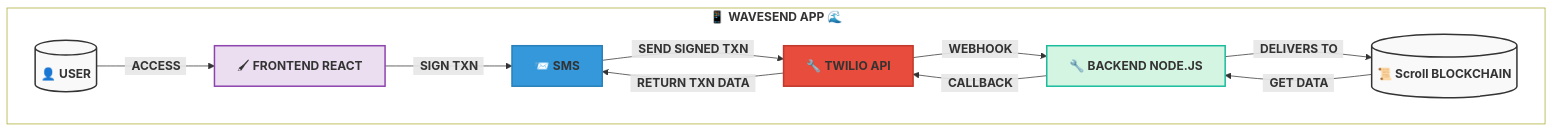
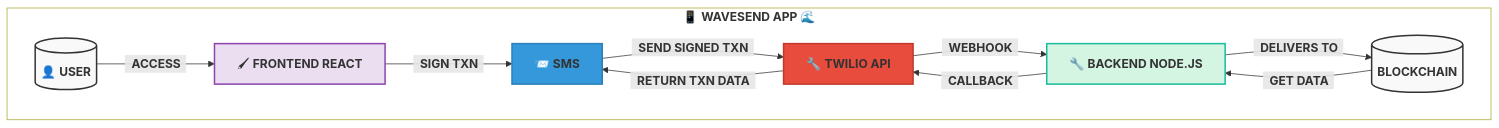
One commit to juancolchete/waveSend changed the diagram in README.md. Above: the diagram before and after it, drawn with Mermaid.

Commit message:
docs: tech architecture

````diff
--- a/README.md
+++ b/README.md
@@ -10,34 +10,34 @@
 ```mermaid
 flowchart TD
  subgraph subGraph0["📱 <b>WAVESEND APP<b> 🌊"]
         Frontend["🖌 <b>FRONTEND REACT<b>"]
         User[("👤 <b>USER<b>")]
         SMS["📨 <b>SMS<b>"]
         Twilio["🔧 <b>TWILIO API<b>"]
         Backend["🔧 <b>BACKEND NODE.JS<b>"]
-        Blockchain["<b>📜 Scroll BLOCKCHAIN<b>"]
+        Blockchain["<b>BLOCKCHAIN<b>"]
   end
     User -- &nbsp;&nbsp;<b>ACCESS<b>&nbsp;&nbsp; --> Frontend
     Frontend -- &nbsp;&nbsp;<b>SIGN TXN<b>&nbsp;&nbsp; --> SMS
     SMS -- &nbsp;&nbsp;<b>SEND SIGNED TXN<b>&nbsp;&nbsp; --> Twilio
     Twilio -- &nbsp;&nbsp;<b>WEBHOOK<b>&nbsp;&nbsp; --> Backend
     Backend -- &nbsp;&nbsp;<b>CALLBACK<b>&nbsp;&nbsp; --> Twilio
     Backend -- &nbsp;&nbsp;<b>DELIVERS TO<b>&nbsp;&nbsp; --> Blockchain
     Blockchain -- &nbsp;&nbsp;<b>GET DATA<b>&nbsp;&nbsp; --> Backend
     Twilio -- &nbsp;&nbsp;<b>RETURN TXN DATA<b>&nbsp;&nbsp; --> SMS
 
     Blockchain@{ shape: cyl}
     style Frontend fill:#ebdef0,stroke:#8e44ad,stroke-width:2px
     style User fill:#f9f9f9,stroke:#333,stroke-width:2px
     style SMS fill:#3498db,stroke:#2980b9,stroke-width:2px
     style Twilio fill:#e74c3c,stroke:#c0392b,stroke-width:2px
     style Backend fill:#d5f5e3,stroke:#1abc9c,stroke-width:2px
     style Blockchain fill:#f9f9f9,stroke:#333,stroke-width:2px
     style subGraph0 fill: white
 
 
 %%{init:{'theme':'default'}}%%
 
 
 
 ```
````
